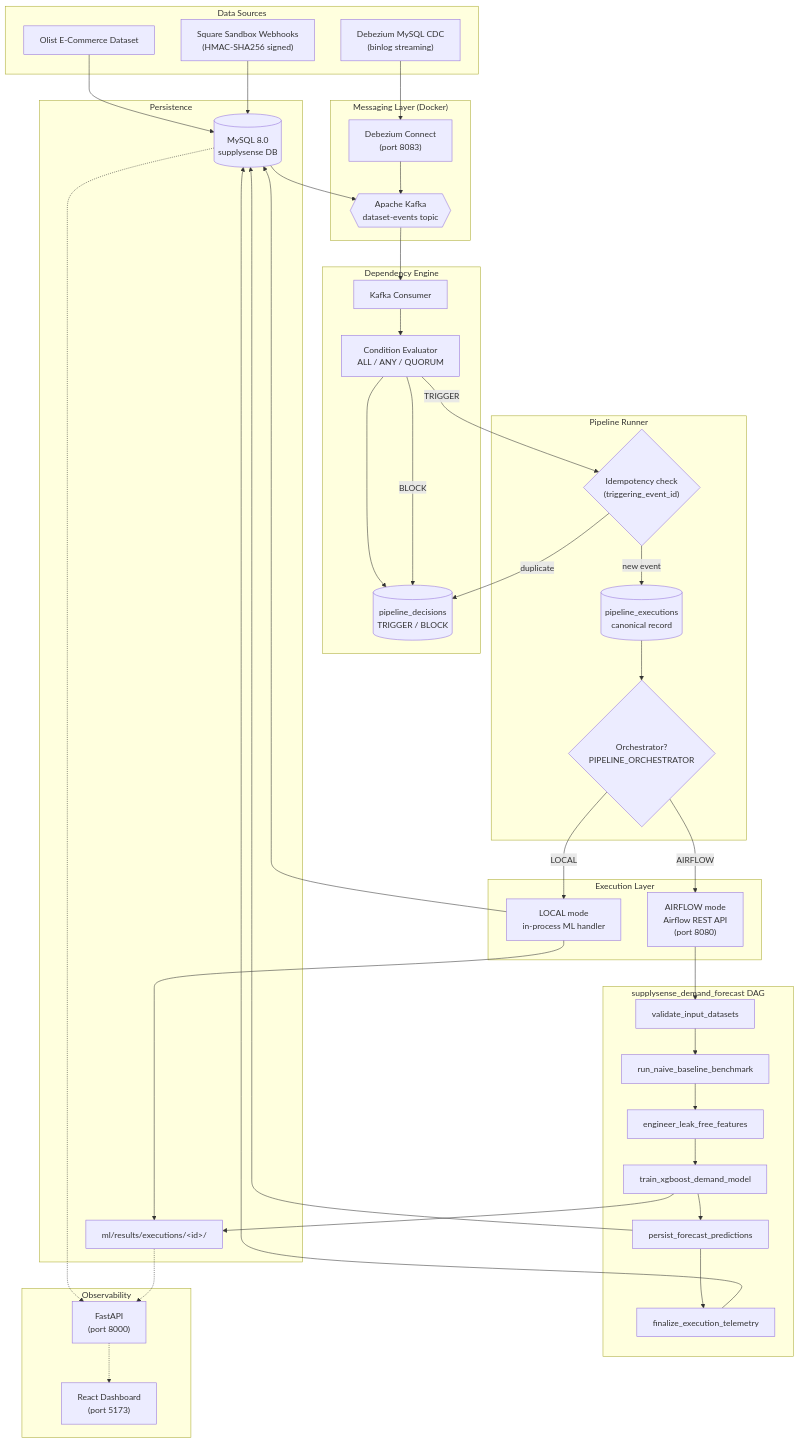
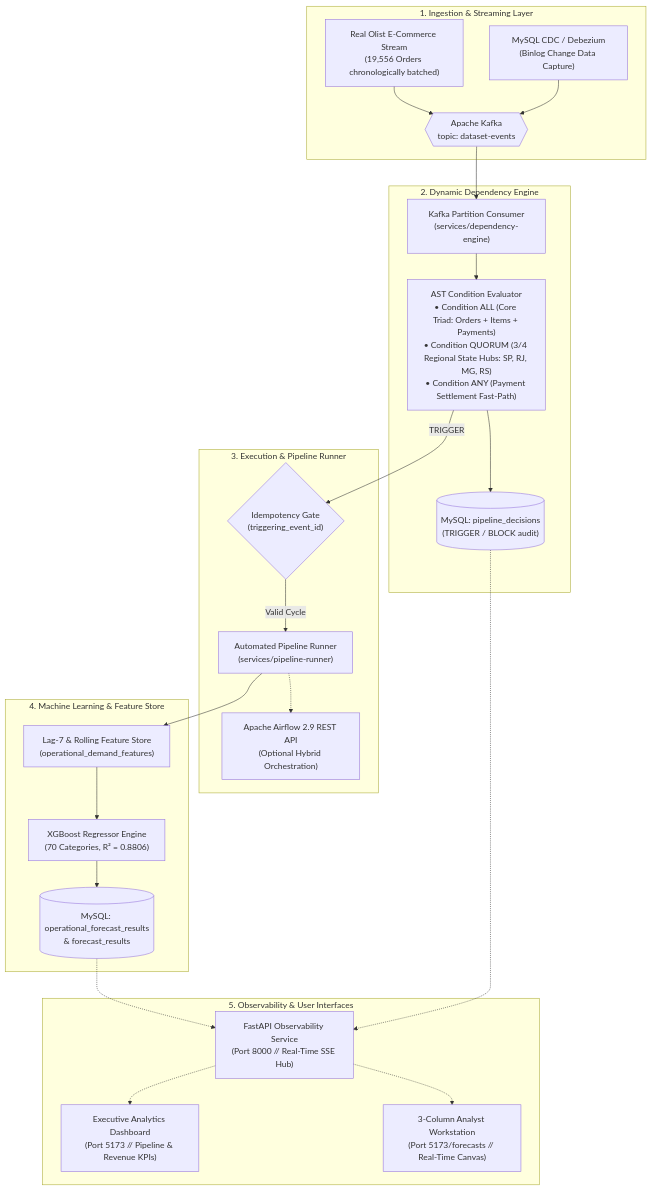
Before and after one commit to Varun-sai018/SupplySense-AI: the diagram in README.md, drawn with Mermaid. The commit also changed other lines of this file, not shown here.

Commit message:
docs: modernize README with professional architecture, ML metrics, and quickstart guide

````diff
--- a/README.md
+++ b/README.md
@@ -67,69 +19,45 @@
 ```mermaid
 flowchart TD
-    subgraph Sources["Data Sources"]
-        Olist["Olist E-Commerce Dataset"]
-        Square["Square Sandbox Webhooks\n(HMAC-SHA256 signed)"]
-        CDC["Debezium MySQL CDC\n(binlog streaming)"]
+    subgraph Ingestion["1. Ingestion & Streaming Layer"]
+        OlistStream["Real Olist E-Commerce Stream\n(19,556 Orders chronologically batched)"]
+        CDC["MySQL CDC / Debezium\n(Binlog Change Data Capture)"]
+        Kafka{{"Apache Kafka\ntopic: dataset-events"}}
     end
 
-    subgraph Messaging["Messaging Layer (Docker)"]
-        Kafka{{"Apache Kafka\ndataset-events topic"}}
-        Debezium["Debezium Connect\n(port 8083)"]
+    subgraph DependencyLayer["2. Dynamic Dependency Engine"]
+        Consumer["Kafka Partition Consumer\n(services/dependency-engine)"]
+        AST["AST Condition Evaluator\n• Condition ALL (Core Triad: Orders + Items + Payments)\n• Condition QUORUM (3/4 Regional State Hubs: SP, RJ, MG, RS)\n• Condition ANY (Payment Settlement Fast-Path)"]
+        AuditLog[("MySQL: pipeline_decisions\n(TRIGGER / BLOCK audit)")]
     end
 
-    subgraph Engine["Dependency Engine"]
-        Consumer["Kafka Consumer"]
-        Eval["Condition Evaluator\nALL / ANY / QUORUM"]
-        DecisionAudit[("pipeline_decisions\nTRIGGER / BLOCK")]
+    subgraph OrchestrationLayer["3. Execution & Pipeline Runner"]
+        IdempotencyCheck{"Idempotency Gate\n(triggering_event_id)"}
+        Runner["Automated Pipeline Runner\n(services/pipeline-runner)"]
+        Airflow["Apache Airflow 2.9 REST API\n(Optional Hybrid Orchestration)"]
     end
 
-    subgraph Runner["Pipeline Runner"]
-        IdempotencyCheck{"Idempotency check\n(triggering_event_id)"}
-        ExecRecord[("pipeline_executions\ncanonical record")]
-        Dispatch{"Orchestrator?\nPIPELINE_ORCHESTRATOR"}
+    subgraph MLLayer["4. Machine Learning & Feature Store"]
+        FeatureStore["Lag-7 & Rolling Feature Store\n(operational_demand_features)"]
+        XGBoost["XGBoost Regressor Engine\n(70 Categories, R² = 0.8806)"]
+        Predictions[("MySQL: operational_forecast_results\n& forecast_results")]
     end
 
-    subgraph Orchestration["Execution Layer"]
-        Local["LOCAL mode\nin-process ML handler"]
-        Airflow["AIRFLOW mode\nAirflow REST API\n(port 8080)"]
+    subgraph ObservabilityLayer["5. Observability & User Interfaces"]
+        ObsAPI["FastAPI Observability Service\n(Port 8000 // Real-Time SSE Hub)"]
+        Dashboard["Executive Analytics Dashboard\n(Port 5173 // Pipeline & Revenue KPIs)"]
+        Workstation["3-Column Analyst Workstation\n(Port 5173/forecasts // Real-Time Canvas)"]
     end
 
-    subgraph DAG["supplysense_demand_forecast DAG"]
-        T1["validate_input_datasets"]
-        T2["run_naive_baseline_benchmark"]
-        T3["engineer_leak_free_features"]
-        T4["train_xgboost_demand_model"]
-        T5["persist_forecast_predictions"]
-        T6["finalize_execution_telemetry"]
-    end
-
-    subgraph Persistence["Persistence"]
-        MySQL[("MySQL 8.0\nsupplysense DB")]
-        Artifacts["ml/results/executions/&lt;id&gt;/"]
-    end
-
-    subgraph Observability["Observability"]
-        ObsAPI["FastAPI\n(port 8000)"]
-        Dashboard["React Dashboard\n(port 5173)"]
-    end
-
-    Olist --> MySQL
-    Square --> MySQL
-    CDC --> Debezium --> Kafka
-    MySQL --> Kafka
-    Kafka --> Consumer --> Eval
-    Eval --> DecisionAudit
-    Eval -- BLOCK --> DecisionAudit
-    Eval -- TRIGGER --> IdempotencyCheck
-    IdempotencyCheck -- new event --> ExecRecord --> Dispatch
-    IdempotencyCheck -- duplicate --> DecisionAudit
-    Dispatch -- LOCAL --> Local --> MySQL
-    Dispatch -- AIRFLOW --> Airflow --> T1 --> T2 --> T3 --> T4 --> T5 --> T6
-    T6 --> MySQL
-    T5 --> MySQL
-    Local --> Artifacts
-    T4 --> Artifacts
-    MySQL -.-> ObsAPI
-    Artifacts -.-> ObsAPI
+    OlistStream --> Kafka
+    CDC --> Kafka
+    Kafka --> Consumer --> AST
+    AST --> AuditLog
+    AST -- TRIGGER --> IdempotencyCheck
+    IdempotencyCheck -- Valid Cycle --> Runner
+    Runner --> FeatureStore --> XGBoost --> Predictions
+    Runner -.-> Airflow
+    Predictions -.-> ObsAPI
+    AuditLog -.-> ObsAPI
     ObsAPI -.-> Dashboard
+    ObsAPI -.-> Workstation
 ```
````
